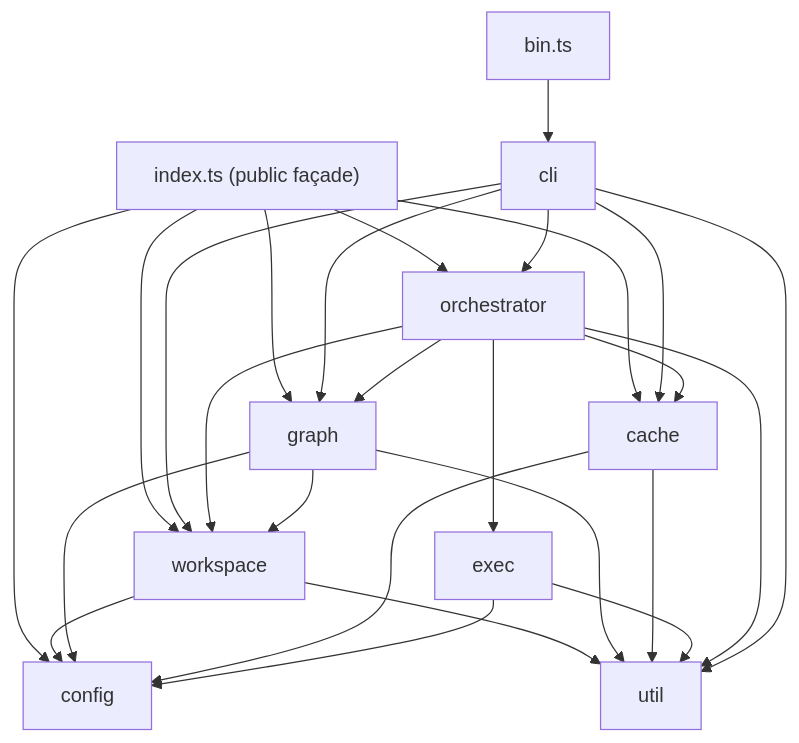
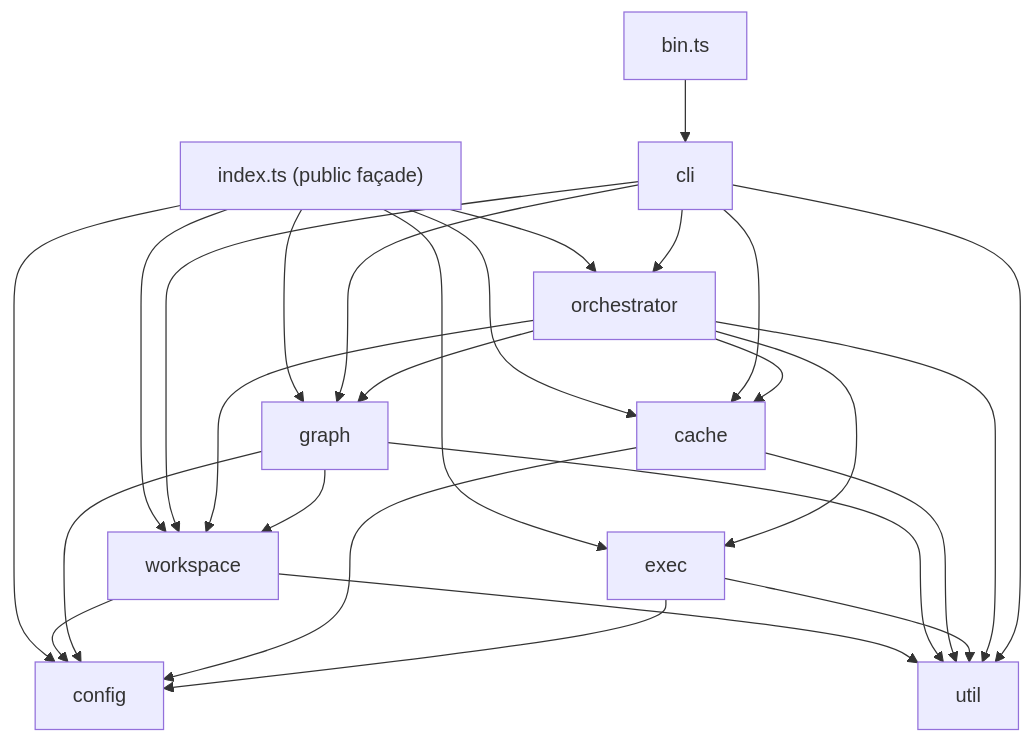
The diagram in packages/vx/docs/architecture.md (vznjs/vx), drawn with Mermaid before and after one commit. The commit also changed other lines of this file and 1 other file, not shown here.

First line of the commit message:
Correct architecture.md against the module code (J-3)

````diff
--- a/packages/vx/docs/architecture.md
+++ b/packages/vx/docs/architecture.md
@@ -74,28 +74,29 @@
 ```mermaid
 graph TD
   bin["bin.ts"] --> cli
   index["index.ts (public façade)"] --> orchestrator
   index --> graphmod["graph"]
   index --> cache
   index --> workspace
+  index --> exec
   index --> config
   cli --> orchestrator
   cli --> workspace
   cli --> cache
   cli --> graphmod
   orchestrator --> workspace
   orchestrator --> graphmod
   orchestrator --> cache
   orchestrator --> exec
   graphmod --> workspace
   workspace --> config
   graphmod --> config
   cache --> config
   exec --> config
   workspace --> util
   graphmod --> util
   cache --> util
   exec --> util
   orchestrator --> util
   cli --> util
 ```
````
